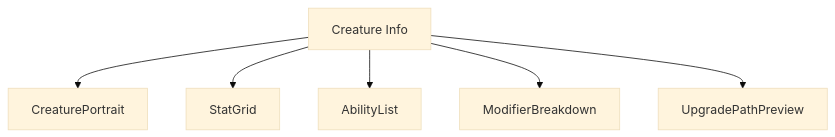
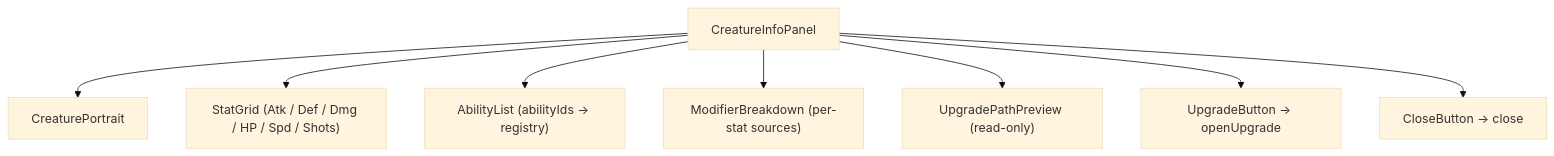
One commit to SunaNoOshiro/Heroes_Reforged_AI_Realms changed the first of 5 diagrams in docs/architecture/wiki/screens/50-creature-info/architecture.md. Above: the diagram before and after it, drawn with Mermaid (base theme). The commit also changed other lines of this file and 518 other files, not shown here.

First line of the commit message:
Add doc-audit skill and sweep architecture/screen docs

````diff
--- a/docs/architecture/wiki/screens/50-creature-info/architecture.md
+++ b/docs/architecture/wiki/screens/50-creature-info/architecture.md
@@ -16,14 +24,11 @@
 ```mermaid
 flowchart TD
-  Root["Creature Info"]
-  C0["CreaturePortrait"]
-  Root --> C0
-  C1["StatGrid"]
-  Root --> C1
-  C2["AbilityList"]
-  Root --> C2
-  C3["ModifierBreakdown"]
-  Root --> C3
-  C4["UpgradePathPreview"]
-  Root --> C4
+  Root["CreatureInfoPanel"]
+  Root --> P["CreaturePortrait"]
+  Root --> S["StatGrid (Atk / Def / Dmg / HP / Spd / Shots)"]
+  Root --> A["AbilityList (abilityIds → registry)"]
+  Root --> M["ModifierBreakdown (per-stat sources)"]
+  Root --> U["UpgradePathPreview (read-only)"]
+  Root --> UB["UpgradeButton → openUpgrade"]
+  Root --> CB["CloseButton → close"]
 ```
````
